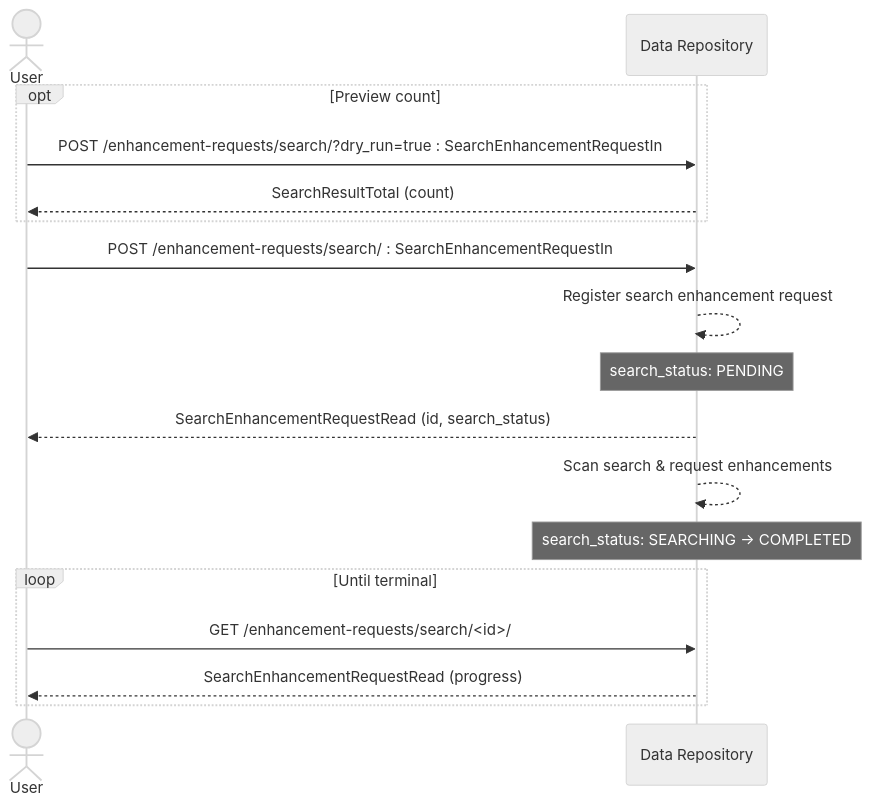
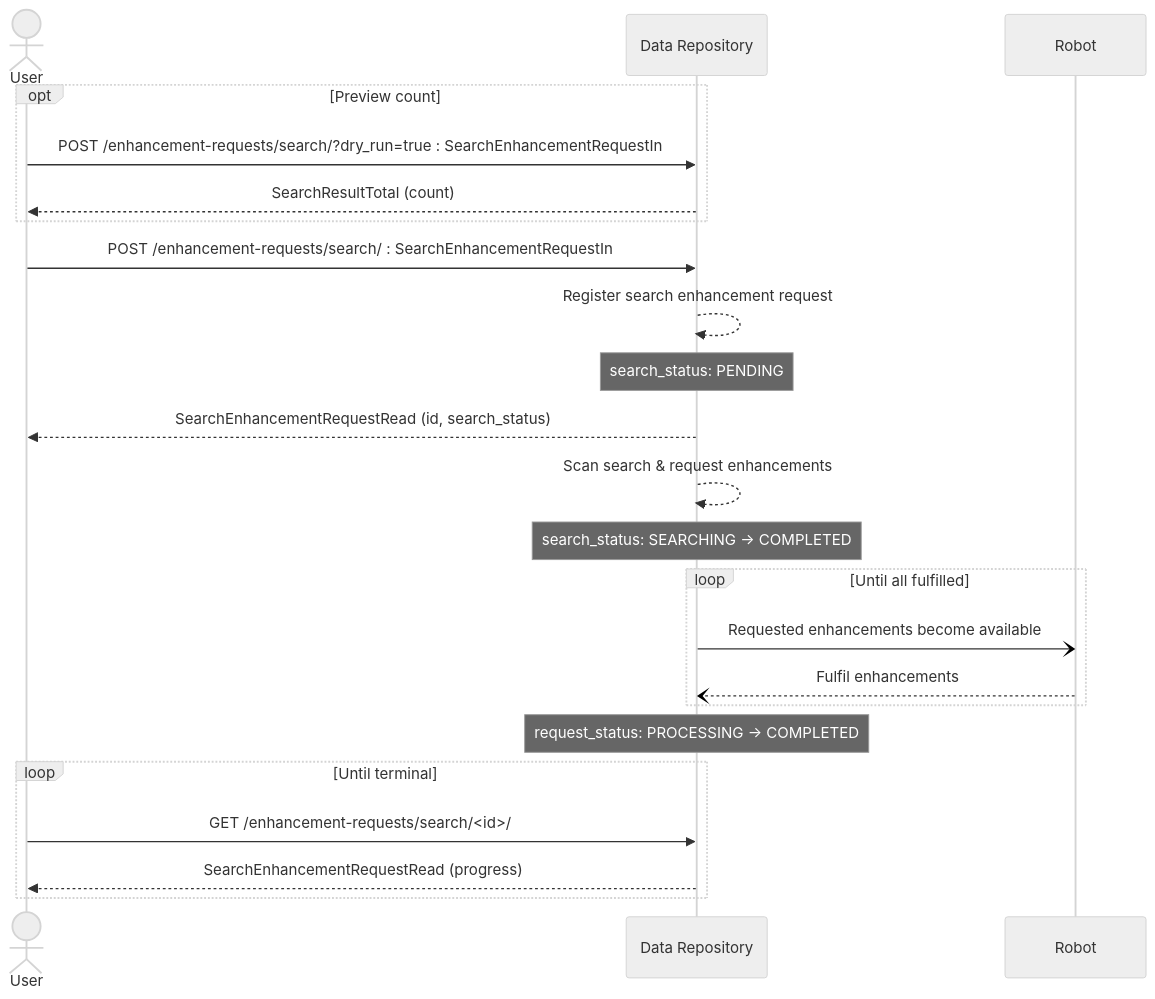
Before and after one commit to destiny-evidence/destiny-repository: the diagram in docs/procedures/requesting-search-enhancements.rst, drawn with Mermaid (neutral theme).

Commit message:
add robot to sequence diagram

```diff
--- a/docs/procedures/requesting-search-enhancements.rst
+++ b/docs/procedures/requesting-search-enhancements.rst
@@ -82,19 +82,25 @@
 .. mermaid::
 
     sequenceDiagram
         actor User
         participant Data Repository
+        participant Robot
         opt Preview count
             User->>Data Repository: POST /enhancement-requests/search/?dry_run=true : SearchEnhancementRequestIn
             Data Repository-->>User: SearchResultTotal (count)
         end
         User->>Data Repository: POST /enhancement-requests/search/ : SearchEnhancementRequestIn
         Data Repository-->>Data Repository: Register search enhancement request
         Note over Data Repository: search_status: PENDING
         Data Repository-->>User: SearchEnhancementRequestRead (id, search_status)
         Data Repository-->>Data Repository: Scan search & request enhancements
         Note over Data Repository: search_status: SEARCHING -> COMPLETED
+        loop Until all fulfilled
+            Data Repository-)Robot: Requested enhancements become available
+            Robot--)Data Repository: Fulfil enhancements
+        end
+        Note over Data Repository: request_status: PROCESSING -> COMPLETED
         loop Until terminal
             User->>Data Repository: GET /enhancement-requests/search/<id>/
             Data Repository-->>User: SearchEnhancementRequestRead (progress)
         end
```
